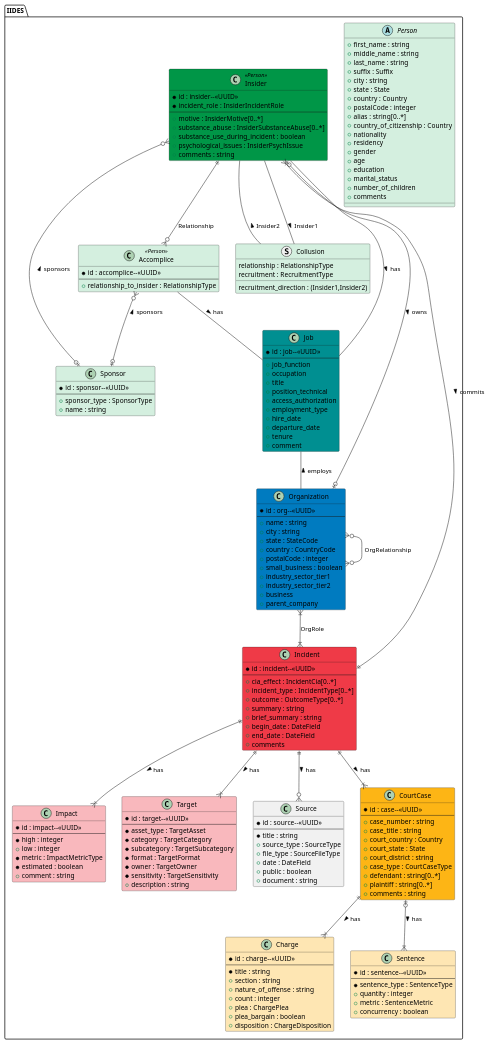
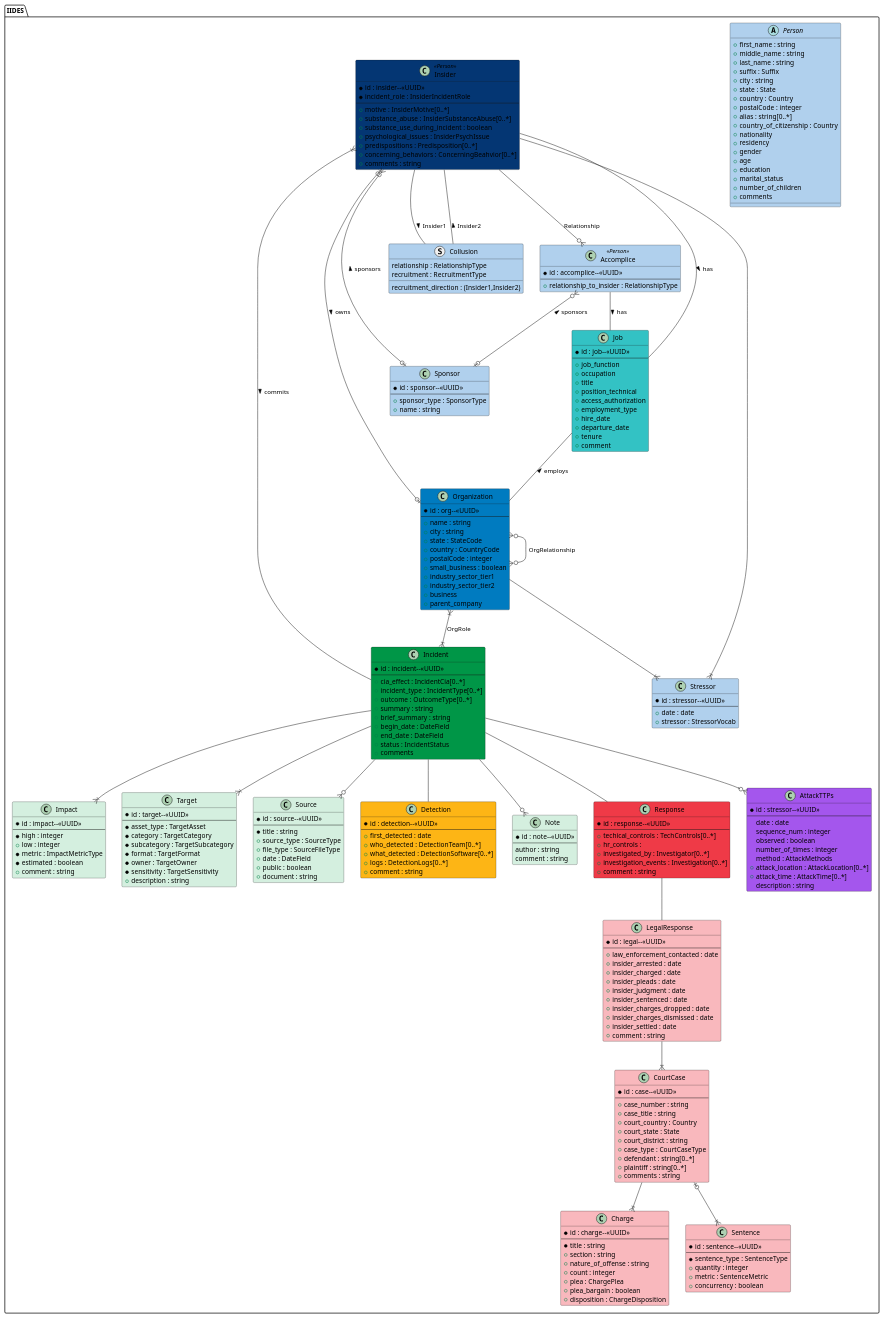
The diagram in UML/source/iides.wsd (cmu-sei/iides), drawn with PlantUML before and after one commit. The commit also changed 8 other files, not shown here.

```diff
--- a/UML/source/iides.wsd
+++ b/UML/source/iides.wsd
@@ -1,7 +1,7 @@
 @startuml IIDES
 package "IIDES" #fff {
 
-    abstract Person #D4EFDF {
+    abstract Person #b0d0ed {
         + first_name : string
         + middle_name : string
         + last_name : string
@@ -22,7 +22,7 @@
         + comments
     }
 
-    class Insider <<Person>> #009647 {
+    class Insider <<Person>> #043673 {
         * id : insider--<<UUID>>
         * incident_role : InsiderIncidentRole
         --
@@ -30,14 +30,17 @@
         + substance_abuse : InsiderSubstanceAbuse[0..*]
         + substance_use_during_incident : boolean
         + psychological_issues : InsiderPsychIssue
+        + predispositions : Predisposition[0..*]
+        + concerning_behaviors : ConcerningBeahvior[0..*]
         + comments : string
     }
-    class Accomplice <<Person>> #D4EFDF {
+
+    class Accomplice <<Person>> #b0d0ed {
         * id : accomplice--<<UUID>>
         --
         + relationship_to_insider : RelationshipType
     }
-    struct Collusion #D4EFDF {
+    struct Collusion #b0d0ed {
         relationship : RelationshipType
         recruitment : RecruitmentType
         recruitment_direction : (Insider1,Insider2)
@@ -58,14 +61,14 @@
         + parent_company
     }
 
-    class Sponsor #D4EFDF {
+    class Sponsor #b0d0ed {
         * id : sponsor--<<UUID>>
         --
         + sponsor_type : SponsorType
         + name : string
     }
 
-    class Incident #EF3A47 {
+    class Incident #009647 {
         * id : incident--<<UUID>>
         --
         + cia_effect : IncidentCia[0..*]
@@ -75,10 +78,11 @@
         + brief_summary : string
         + begin_date : DateField
         + end_date : DateField
+        + status : IncidentStatus
         + comments
     }
 
-    class Job #008F91 {
+    class Job #33c2C4 {
         * id : job--<<UUID>>
         --
         + job_function
@@ -92,7 +96,7 @@
         + tenure
         + comment
     }
-    class Impact #f9b8bd {
+    class Impact #D4EFDF {
         * id : impact--<<UUID>>
         --
         * high : integer
@@ -101,7 +105,7 @@
         * estimated : boolean
         + comment : string
     }
-    class Target #f9b8bd {
+    class Target #D4EFDF {
         * id : target--<<UUID>>
         --
         * asset_type : TargetAsset
@@ -112,7 +116,7 @@
         * sensitivity : TargetSensitivity
         + description : string
     }
-    class Source {
+    class Source #D4EFDF {
         * id : source--<<UUID>>
         --
         * title : string
@@ -122,7 +126,7 @@
         + public : boolean
         + document : string
     }
-    class CourtCase #FDB515 {
+    class CourtCase #f9b8bd {
         * id : case--<<UUID>>
         --
         + case_number : string
@@ -135,7 +139,7 @@
         + plaintiff : string[0..*]
         + comments : string
     }
-    class Charge #fee6b3 {
+    class Charge #f9b8bd {
         * id : charge--<<UUID>>
         --
         * title : string
@@ -146,7 +150,7 @@
         + plea_bargain : boolean
         + disposition : ChargeDisposition
     }
-    class Sentence #fee6b3 {
+    class Sentence #f9b8bd {
         * id : sentence--<<UUID>>
         --
         * sentence_type : SentenceType
@@ -154,9 +158,65 @@
         + metric : SentenceMetric
         + concurrency : boolean
     }
+    class Detection #FDB515 {
+        * id : detection--<<UUID>>
+        --
+        + first_detected : date
+        + who_detected : DetectionTeam[0..*]
+        + what_detected : DetectionSoftware[0..*]
+        + logs : DetectionLogs[0..*]
+        + comment : string
+    }
+    class Note #D4EFDF {
+        * id : note--<<UUID>>
+        --
+        author : string
+        comment : string
+    }
+    class Response #EF3A47 {
+        * id : response--<<UUID>>
+        --
+        + techical_controls : TechControls[0..*]
+        + hr_controls : 
+        + investigated_by : Investigator[0..*]
+        + investigation_events : Investigation[0..*]
+        + comment : string
+    }
+    class LegalResponse #f9b8bd {
+        * id : legal--<<UUID>>
+        --
+        + law_enforcement_contacted : date
+        + insider_arrested : date
+        + insider_charged : date
+        + insider_pleads : date
+        + insider_judgment : date
+        + insider_sentenced : date
+        + insider_charges_dropped : date
+        + insider_charges_dismissed : date
+        + insider_settled : date
+        + comment : string
+    }
+    class Stressor #b0d0ed {
+        * id : stressor--<<UUID>>
+        --
+        + date : date
+        + stressor : StressorVocab
+    }
+    class AttackTTPs #A456ED {
+        * id : stressor--<<UUID>>
+        --
+        date : date
+        sequence_num : integer
+        observed : boolean
+        number_of_times : integer
+        method : AttackMethods
+        + attack_location : AttackLocation[0..*]
+        + attack_time : AttackTime[0..*]
+        description : string
+    }
 
-    Insider ||--o{ Accomplice : Relationship
-    Incident ||--|{ Insider : commits <
+    Insider --o{ Accomplice : Relationship
+    Incident --|{ Insider : commits <
     Accomplice -- Job : has >
     Job -- Organization : employs <
     Insider -- Job : has >
@@ -167,12 +227,18 @@
     Insider |o--o| Organization : owns >
     Insider -- Collusion : Insider2 <
     Collusion -- Insider : Insider1 <
-    Incident ||--|{ Impact : has >
-    Incident ||--|{ Target : has >
-    Incident ||--o{ Source : has >
-    CourtCase ||--|{ Charge : has >
-    CourtCase |o--|{ Sentence : has >
-    Incident ||--|{ CourtCase : has >
-
+    Incident --|{ Impact
+    Incident --|{ Target
+    Incident --o{ Source
+    Incident --o{ Note
+    CourtCase --|{ Charge
+    CourtCase |o--|{ Sentence
+    Incident -- Detection
+    Incident -- Response
+    Response -- LegalResponse
+    LegalResponse --|{ CourtCase
+    Organization --|{ Stressor
+    Stressor }|-- Insider
+    Incident --o{ AttackTTPs
 }
 @enduml
```
